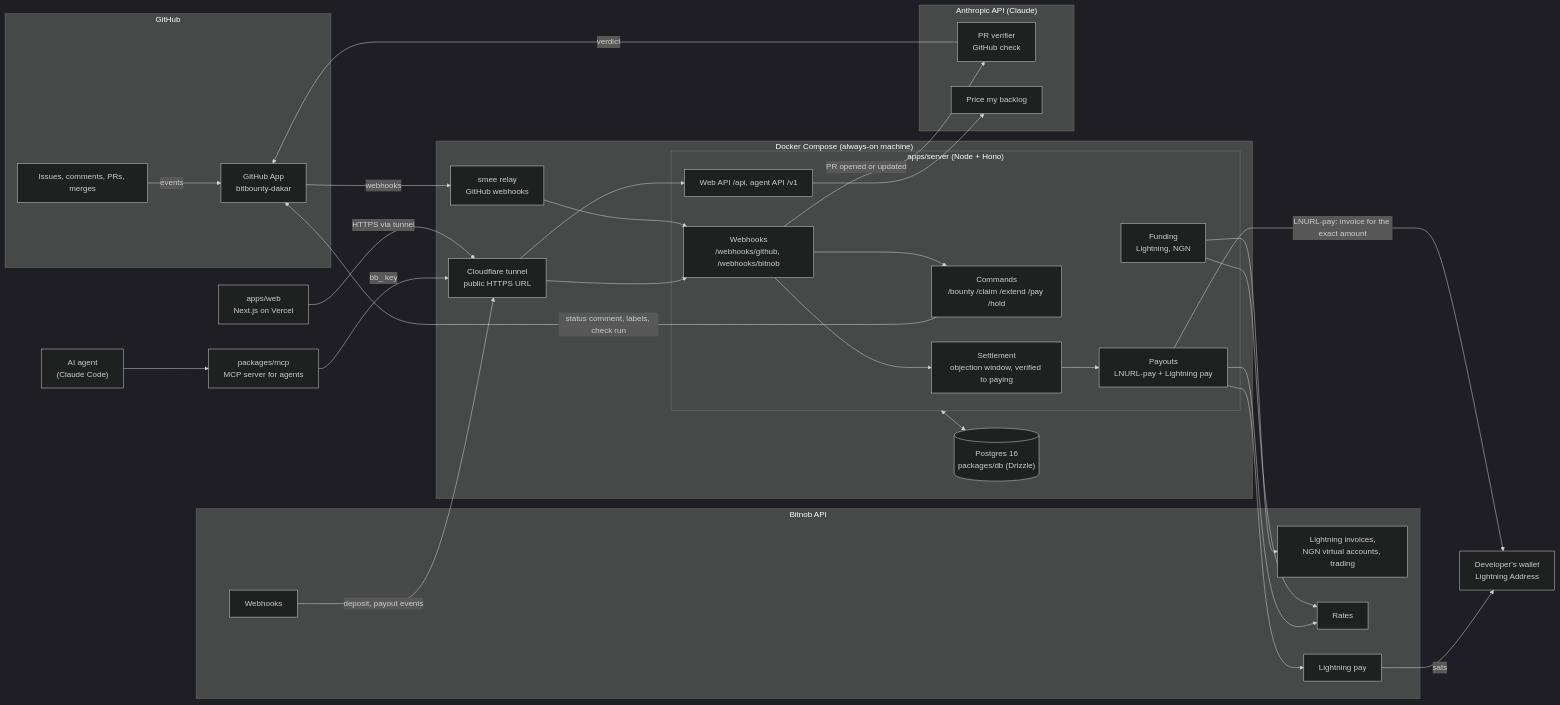
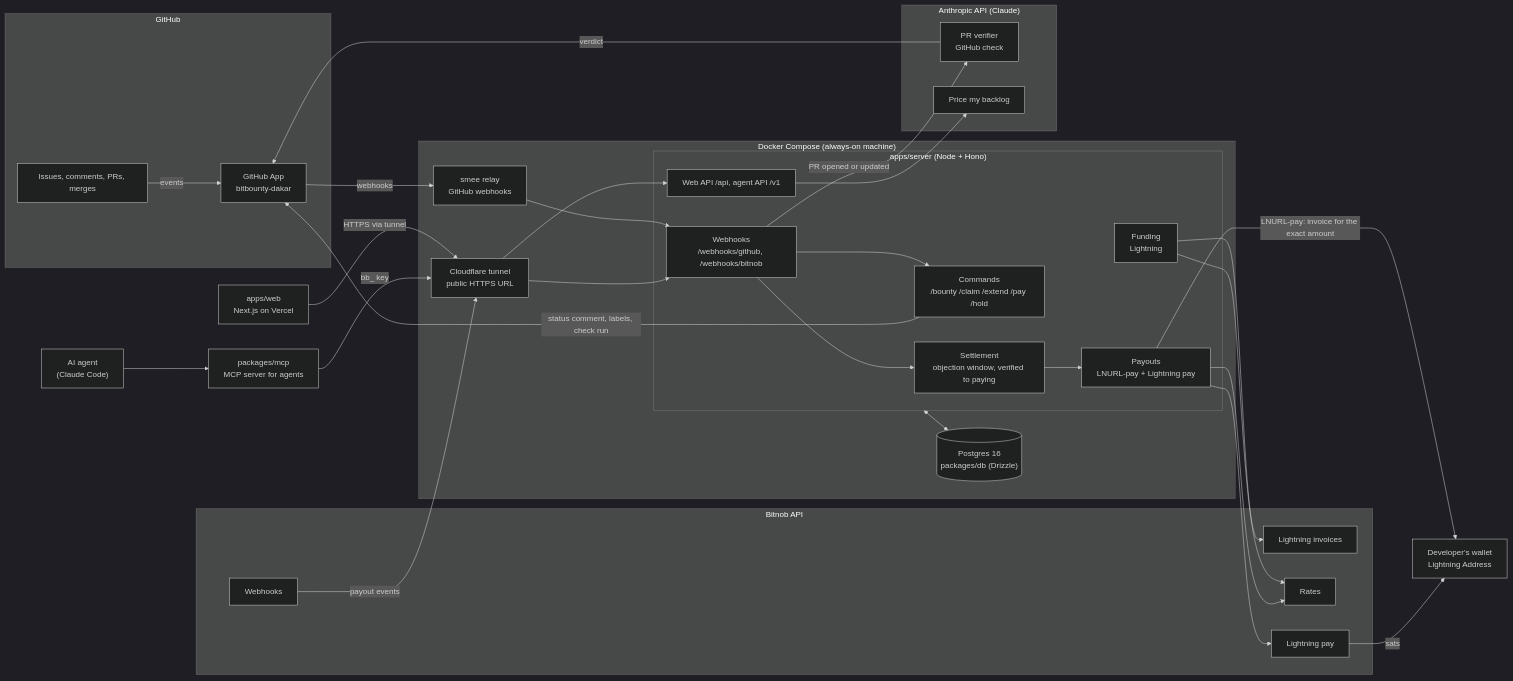
One commit to Djbrl/bitbounty changed the diagram in docs/architecture.md. Above: the diagram before and after it, drawn with Mermaid (dark theme). The commit also changed other lines of this file and 29 other files, not shown here.

````diff
--- a/docs/architecture.md
+++ b/docs/architecture.md
@@ -5,61 +5,61 @@
 ```mermaid
 flowchart LR
   subgraph GH["GitHub"]
     issues["Issues, comments, PRs, merges"]
     app["GitHub App<br/>bitbounty-dakar"]
   end
 
   subgraph Host["Docker Compose (always-on machine)"]
     smee["smee relay<br/>GitHub webhooks"]
     tunnel["Cloudflare tunnel<br/>public HTTPS URL"]
     subgraph Server["apps/server (Node + Hono)"]
       webhooks["Webhooks<br/>/webhooks/github, /webhooks/bitnob"]
       commands["Commands<br/>/bounty /claim /extend /pay /hold"]
-      funding["Funding<br/>Lightning, NGN"]
+      funding["Funding<br/>Lightning"]
       settlement["Settlement<br/>objection window, verified to paying"]
       payouts["Payouts<br/>LNURL-pay + Lightning pay"]
       api["Web API /api, agent API /v1"]
     end
     db[("Postgres 16<br/>packages/db (Drizzle)")]
   end
 
   subgraph Bitnob["Bitnob API"]
-    bfund["Lightning invoices,<br/>NGN virtual accounts, trading"]
+    bfund["Lightning invoices"]
     brates["Rates"]
     bpay["Lightning pay"]
     bhooks["Webhooks"]
   end
 
   subgraph Claude["Anthropic API (Claude)"]
     verifier["PR verifier<br/>GitHub check"]
     backlog["Price my backlog"]
   end
 
   web["apps/web<br/>Next.js on Vercel"]
   mcp["packages/mcp<br/>MCP server for agents"]
   agent["AI agent<br/>(Claude Code)"]
   wallet["Developer's wallet<br/>Lightning Address"]
 
   issues -- events --> app
   app -- webhooks --> smee --> webhooks
   webhooks --> commands
   commands -- "status comment, labels, check run" --> app
   webhooks --> settlement
   settlement --> payouts
   Server <--> db
 
   funding --> bfund
   funding --> brates
   payouts --> brates
   payouts -- "LNURL-pay: invoice for the exact amount" --> wallet
   payouts --> bpay
   bpay -- sats --> wallet
-  bhooks -- "deposit, payout events" --> tunnel --> webhooks
+  bhooks -- "payout events" --> tunnel --> webhooks
 
   webhooks -- "PR opened or updated" --> verifier
   verifier -- verdict --> app
   api --> backlog
 
   web -- "HTTPS via tunnel" --> tunnel --> api
   agent --> mcp -- "bb_ key" --> tunnel
 ```
````
